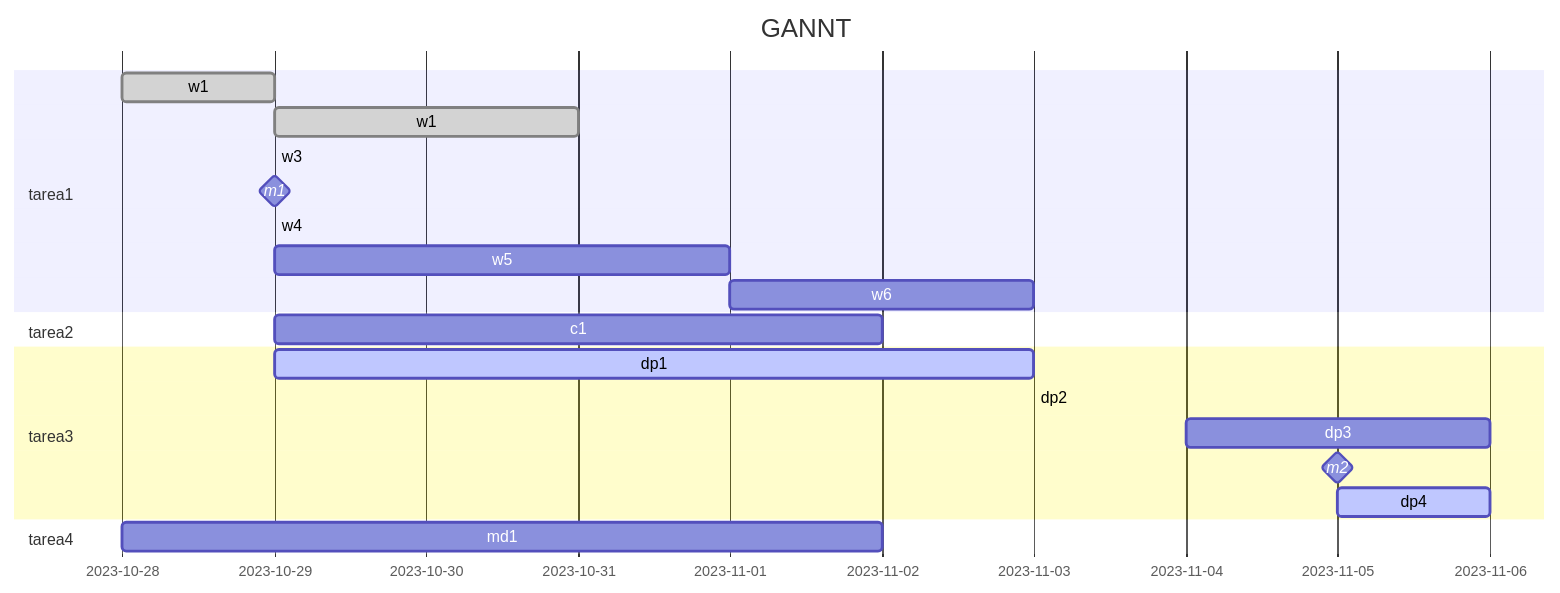
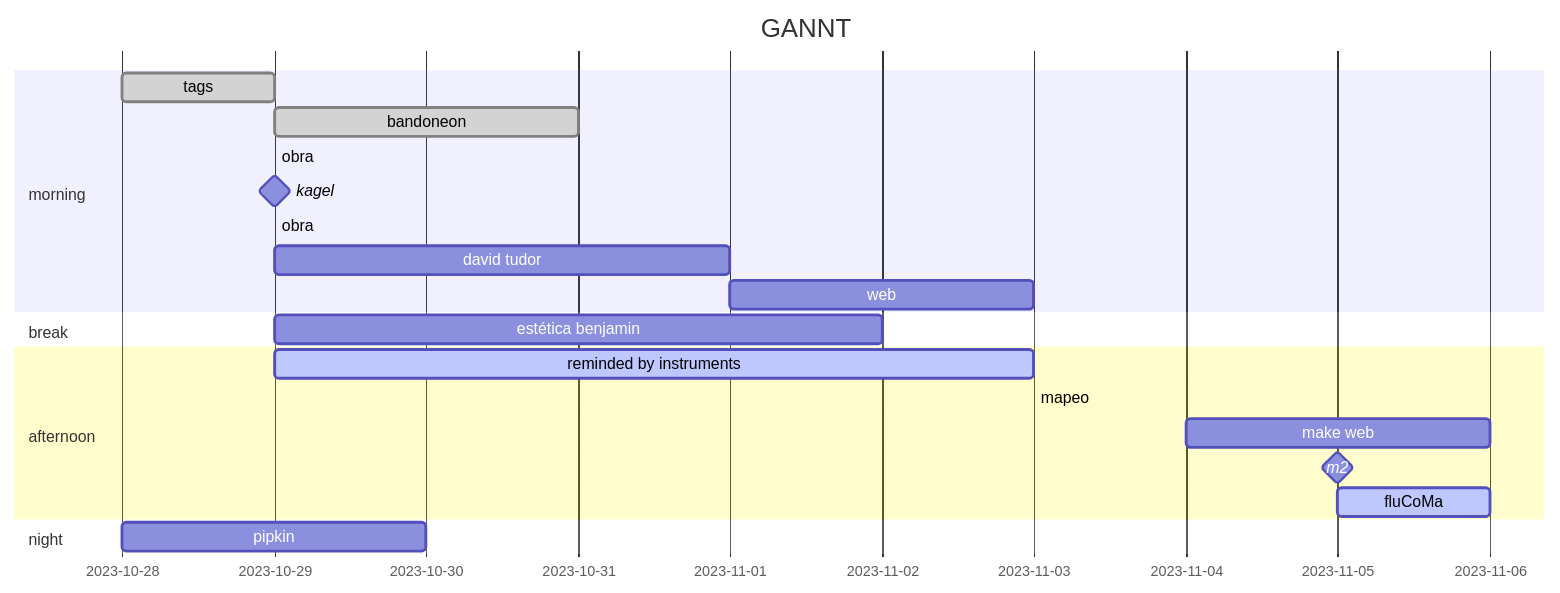
Before and after one commit to dipaola-c/tesina2024: the diagram in Tesina - cronograma 2023.md, drawn with Mermaid.

Commit message:
vault backup: 2023-10-31 15:07:36

````diff
--- a/Tesina - cronograma 2023.md
+++ b/Tesina - cronograma 2023.md
@@ -47,27 +47,27 @@
 ```mermaid
 gantt
 dateFormat  DD-MM
 title       GANNT
 
-section tarea1
-w1   :done, w1, 28-10, 29-10
-w1   :done, w2, after w1, 2d
-w3  :done, w3, after w2, 29-10
-m1 :milestone, m1, 29-10 , 0d
-w4 :active, w4, after w2, 29-10
-w5 :w5, after w4, 3d
-w6 :w6, after w5, 2d
+section morning
+tags   :done, w1, 28-10, 29-10
+bandoneon   :done, w2, after w1, 2d
+obra  :done, w3, after w2, 29-10
+kagel :milestone, m1, 29-10 , 0d
+obra :active, w4, after w2, 29-10
+david tudor :w5, after w4, 3d
+web :w6, after w5, 2d
 
-section tarea2
-c1   :c1, 29-10, 02-11
+section break
+estética benjamin   :c1, 29-10, 02-11
 
-section tarea3
-dp1   :active, dp1, 29-10, 03-11
-dp2   :dp2, after w6 dp1, 03-11
-dp3   :dp3, 04-11, 06-11
+section afternoon
+reminded by instruments   :active, dp1, 29-10, 03-11
+mapeo   :dp2, after w6 dp1, 03-11
+make web   :dp3, 04-11, 06-11
 m2    :milestone, m2, 05-11, 0d
-dp4   :active, dp4, 05-11, 06-11
+fluCoMa   :active, dp4, 05-11, 06-11
 
-section tarea4
-md1  :md1, 28-10, 02-11
+section night
+pipkin  :md1, 28-10, 30-10
 ```
````
